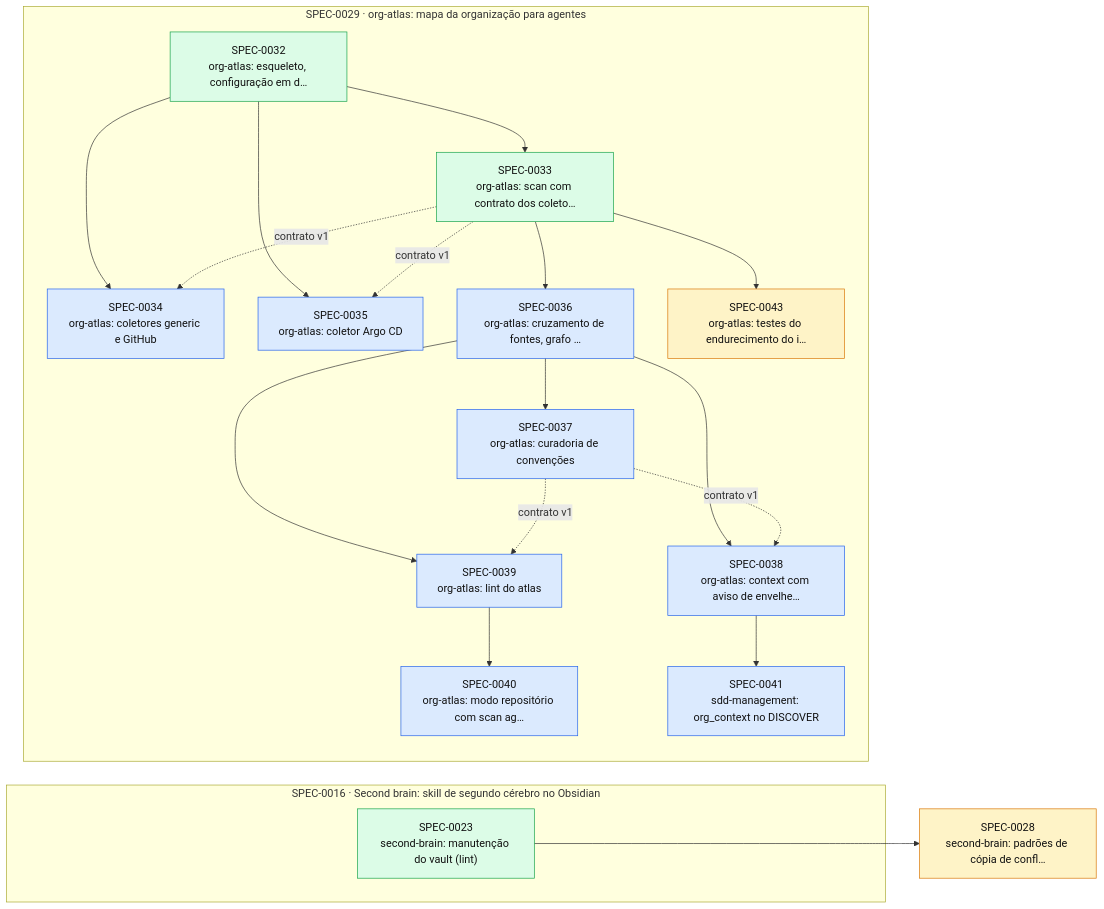
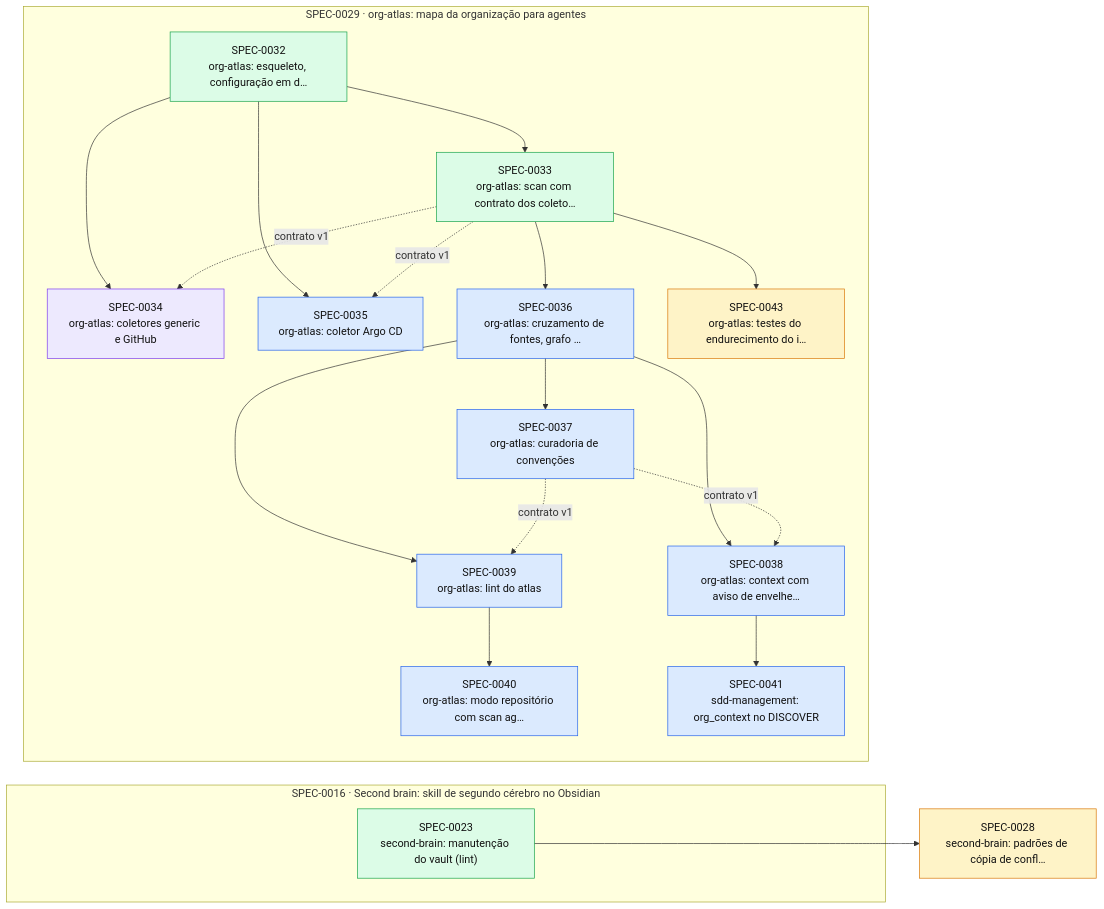
One commit to thomasravache/ai-dev-brain changed the diagram in docs/specs/INDEX.md. Above: the diagram before and after it, drawn with Mermaid. The commit also changed other lines of this file and 1 other file, not shown here.

First line of the commit message:
docs(specs): SPEC-0034 em execução

````diff
--- a/docs/specs/INDEX.md
+++ b/docs/specs/INDEX.md
@@ -57,40 +57,40 @@
 ```mermaid
 flowchart LR
   S0028["SPEC-0028<br/>second-brain: padrões de cópia de confl…"]:::proposed
   subgraph E0016["SPEC-0016 · Second brain: skill de segundo cérebro no Obsidian"]
     S0023["SPEC-0023<br/>second-brain: manutenção do vault (lint)"]:::implemented
   end
   subgraph E0029["SPEC-0029 · org-atlas: mapa da organização para agentes"]
     S0032["SPEC-0032<br/>org-atlas: esqueleto, configuração em d…"]:::implemented
     S0033["SPEC-0033<br/>org-atlas: scan com contrato dos coleto…"]:::implemented
-    S0034["SPEC-0034<br/>org-atlas: coletores generic e GitHub"]:::approved
+    S0034["SPEC-0034<br/>org-atlas: coletores generic e GitHub"]:::inprogress
     S0035["SPEC-0035<br/>org-atlas: coletor Argo CD"]:::approved
     S0036["SPEC-0036<br/>org-atlas: cruzamento de fontes, grafo …"]:::approved
     S0037["SPEC-0037<br/>org-atlas: curadoria de convenções"]:::approved
     S0038["SPEC-0038<br/>org-atlas: context com aviso de envelhe…"]:::approved
     S0039["SPEC-0039<br/>org-atlas: lint do atlas"]:::approved
     S0040["SPEC-0040<br/>org-atlas: modo repositório com scan ag…"]:::approved
     S0041["SPEC-0041<br/>sdd-management: org_context no DISCOVER"]:::approved
     S0043["SPEC-0043<br/>org-atlas: testes do endurecimento do i…"]:::proposed
   end
   S0023 --> S0028
   S0032 --> S0033
   S0032 --> S0034
   S0033 -. contrato v1 .-> S0034
   S0032 --> S0035
   S0033 -. contrato v1 .-> S0035
   S0033 --> S0036
   S0036 --> S0037
   S0036 --> S0038
   S0037 -. contrato v1 .-> S0038
   S0036 --> S0039
   S0037 -. contrato v1 .-> S0039
   S0039 --> S0040
   S0038 --> S0041
   S0033 --> S0043
   classDef proposed fill:#fef3c7,stroke:#d97706,color:#111
   classDef approved fill:#dbeafe,stroke:#2563eb,color:#111
   classDef inprogress fill:#ede9fe,stroke:#7c3aed,color:#111
   classDef implemented fill:#dcfce7,stroke:#16a34a,color:#111
   classDef deprecated fill:#f3f4f6,stroke:#9ca3af,color:#6b7280
 ```
````
